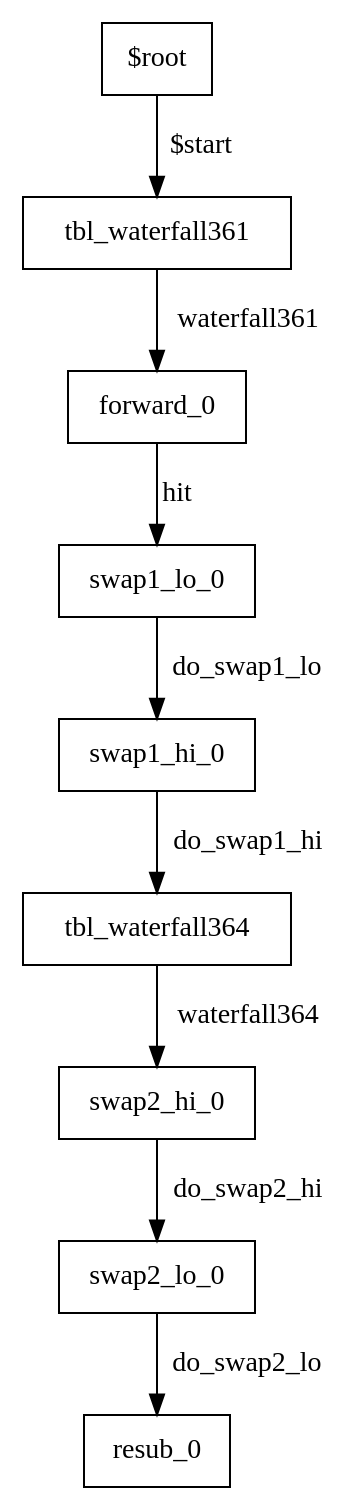
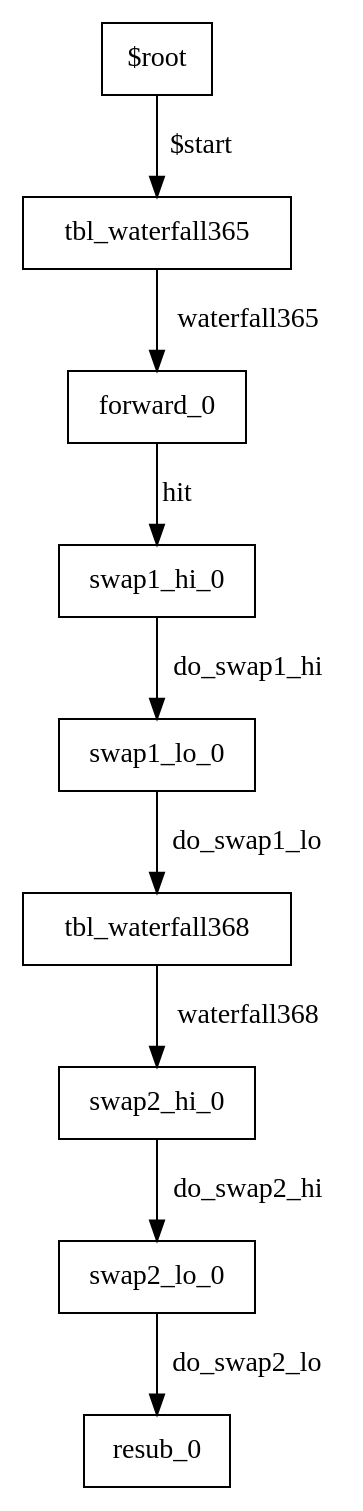
The diagram in waterfall-fcm-srctuple/waterfall_fcm/tofino/pipe/graphs/ingress.power.dot (joepboumans/waterfall-table), drawn with Graphviz before and after one commit. The commit also changed 36 other files, not shown here.

```diff
--- a/waterfall-fcm-srctuple/waterfall_fcm/tofino/pipe/graphs/ingress.power.dot
+++ b/waterfall-fcm-srctuple/waterfall_fcm/tofino/pipe/graphs/ingress.power.dot
@@ -1,19 +1,19 @@
 digraph ingress {
 0 [label="$root" shape=box color="black"];
 2 [label="forward_0" shape=box color="black"];
 8 [label="resub_0" shape=box color="black"];
-4 [label="swap1_hi_0" shape=box color="black"];
-3 [label="swap1_lo_0" shape=box color="black"];
+3 [label="swap1_hi_0" shape=box color="black"];
+4 [label="swap1_lo_0" shape=box color="black"];
 6 [label="swap2_hi_0" shape=box color="black"];
 7 [label="swap2_lo_0" shape=box color="black"];
-1 [label="tbl_waterfall361" shape=box color="black"];
-5 [label="tbl_waterfall364" shape=box color="black"];
+1 [label="tbl_waterfall365" shape=box color="black"];
+5 [label="tbl_waterfall368" shape=box color="black"];
 0-> 1 [label="$start" color="black"];
 2-> 3 [label="hit" color="black"];
-4-> 5 [label="do_swap1_hi" color="black"];
-3-> 4 [label="do_swap1_lo" color="black"];
+3-> 4 [label="do_swap1_hi" color="black"];
+4-> 5 [label="do_swap1_lo" color="black"];
 6-> 7 [label="do_swap2_hi" color="black"];
 7-> 8 [label="do_swap2_lo" color="black"];
-1-> 2 [label="waterfall361" color="black"];
-5-> 6 [label="waterfall364" color="black"];
+1-> 2 [label="waterfall365" color="black"];
+5-> 6 [label="waterfall368" color="black"];
 }
```
